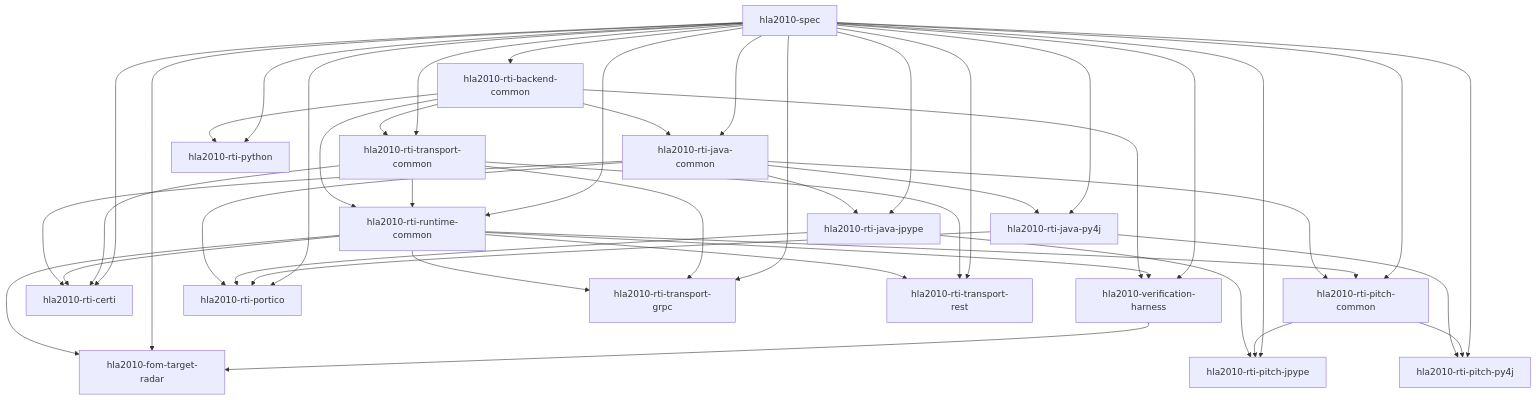
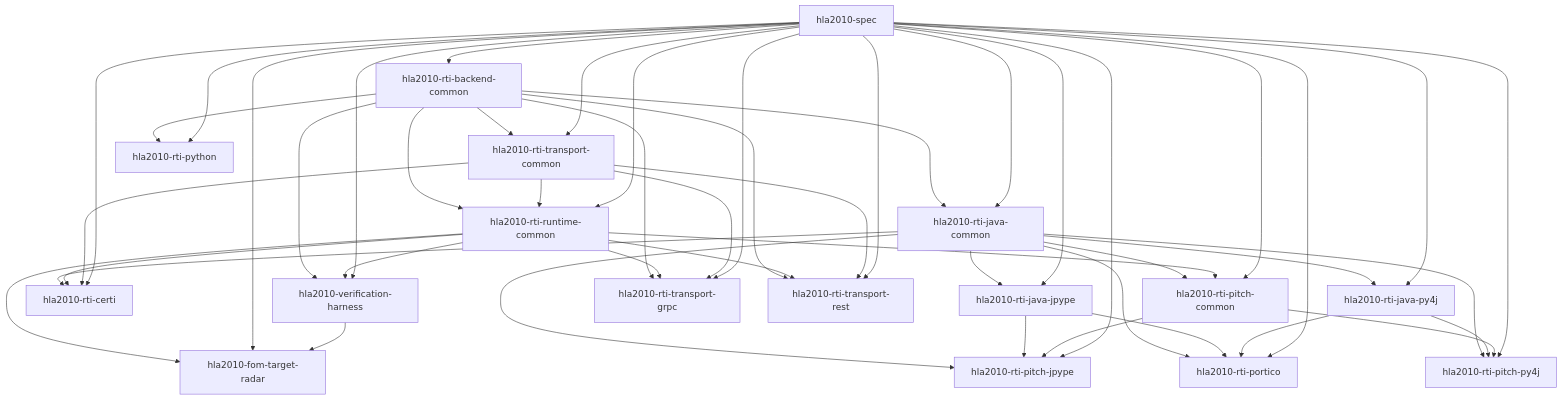
The diagram in docs/package_dependency_tree.md (sheepfling/sturdy-broccoli), drawn with Mermaid before and after one commit. The commit also changed other lines of this file and 30 other files, not shown here.

````diff
--- a/docs/package_dependency_tree.md
+++ b/docs/package_dependency_tree.md
@@ -31,47 +31,51 @@
 ```mermaid
 graph TD
     hla2010_rti_runtime_common[hla2010-rti-runtime-common] --> hla2010_fom_target_radar[hla2010-fom-target-radar]
     hla2010_spec[hla2010-spec] --> hla2010_fom_target_radar[hla2010-fom-target-radar]
     hla2010_verification_harness[hla2010-verification-harness] --> hla2010_fom_target_radar[hla2010-fom-target-radar]
     hla2010_spec[hla2010-spec] --> hla2010_rti_backend_common[hla2010-rti-backend-common]
     hla2010_rti_java_common[hla2010-rti-java-common] --> hla2010_rti_certi[hla2010-rti-certi]
     hla2010_rti_runtime_common[hla2010-rti-runtime-common] --> hla2010_rti_certi[hla2010-rti-certi]
     hla2010_rti_transport_common[hla2010-rti-transport-common] --> hla2010_rti_certi[hla2010-rti-certi]
     hla2010_spec[hla2010-spec] --> hla2010_rti_certi[hla2010-rti-certi]
     hla2010_rti_backend_common[hla2010-rti-backend-common] --> hla2010_rti_java_common[hla2010-rti-java-common]
     hla2010_spec[hla2010-spec] --> hla2010_rti_java_common[hla2010-rti-java-common]
     hla2010_rti_java_common[hla2010-rti-java-common] --> hla2010_rti_java_jpype[hla2010-rti-java-jpype]
     hla2010_spec[hla2010-spec] --> hla2010_rti_java_jpype[hla2010-rti-java-jpype]
     hla2010_rti_java_common[hla2010-rti-java-common] --> hla2010_rti_java_py4j[hla2010-rti-java-py4j]
     hla2010_spec[hla2010-spec] --> hla2010_rti_java_py4j[hla2010-rti-java-py4j]
     hla2010_rti_java_common[hla2010-rti-java-common] --> hla2010_rti_pitch_common[hla2010-rti-pitch-common]
     hla2010_rti_runtime_common[hla2010-rti-runtime-common] --> hla2010_rti_pitch_common[hla2010-rti-pitch-common]
     hla2010_spec[hla2010-spec] --> hla2010_rti_pitch_common[hla2010-rti-pitch-common]
+    hla2010_rti_java_common[hla2010-rti-java-common] --> hla2010_rti_pitch_jpype[hla2010-rti-pitch-jpype]
     hla2010_rti_java_jpype[hla2010-rti-java-jpype] --> hla2010_rti_pitch_jpype[hla2010-rti-pitch-jpype]
     hla2010_rti_pitch_common[hla2010-rti-pitch-common] --> hla2010_rti_pitch_jpype[hla2010-rti-pitch-jpype]
     hla2010_spec[hla2010-spec] --> hla2010_rti_pitch_jpype[hla2010-rti-pitch-jpype]
+    hla2010_rti_java_common[hla2010-rti-java-common] --> hla2010_rti_pitch_py4j[hla2010-rti-pitch-py4j]
     hla2010_rti_java_py4j[hla2010-rti-java-py4j] --> hla2010_rti_pitch_py4j[hla2010-rti-pitch-py4j]
     hla2010_rti_pitch_common[hla2010-rti-pitch-common] --> hla2010_rti_pitch_py4j[hla2010-rti-pitch-py4j]
     hla2010_spec[hla2010-spec] --> hla2010_rti_pitch_py4j[hla2010-rti-pitch-py4j]
     hla2010_rti_java_common[hla2010-rti-java-common] --> hla2010_rti_portico[hla2010-rti-portico]
     hla2010_rti_java_jpype[hla2010-rti-java-jpype] --> hla2010_rti_portico[hla2010-rti-portico]
     hla2010_rti_java_py4j[hla2010-rti-java-py4j] --> hla2010_rti_portico[hla2010-rti-portico]
     hla2010_spec[hla2010-spec] --> hla2010_rti_portico[hla2010-rti-portico]
     hla2010_rti_backend_common[hla2010-rti-backend-common] --> hla2010_rti_python[hla2010-rti-python]
     hla2010_spec[hla2010-spec] --> hla2010_rti_python[hla2010-rti-python]
     hla2010_rti_backend_common[hla2010-rti-backend-common] --> hla2010_rti_runtime_common[hla2010-rti-runtime-common]
     hla2010_rti_transport_common[hla2010-rti-transport-common] --> hla2010_rti_runtime_common[hla2010-rti-runtime-common]
     hla2010_spec[hla2010-spec] --> hla2010_rti_runtime_common[hla2010-rti-runtime-common]
     hla2010_rti_backend_common[hla2010-rti-backend-common] --> hla2010_rti_transport_common[hla2010-rti-transport-common]
     hla2010_spec[hla2010-spec] --> hla2010_rti_transport_common[hla2010-rti-transport-common]
+    hla2010_rti_backend_common[hla2010-rti-backend-common] --> hla2010_rti_transport_grpc[hla2010-rti-transport-grpc]
     hla2010_rti_runtime_common[hla2010-rti-runtime-common] --> hla2010_rti_transport_grpc[hla2010-rti-transport-grpc]
     hla2010_rti_transport_common[hla2010-rti-transport-common] --> hla2010_rti_transport_grpc[hla2010-rti-transport-grpc]
     hla2010_spec[hla2010-spec] --> hla2010_rti_transport_grpc[hla2010-rti-transport-grpc]
+    hla2010_rti_backend_common[hla2010-rti-backend-common] --> hla2010_rti_transport_rest[hla2010-rti-transport-rest]
     hla2010_rti_runtime_common[hla2010-rti-runtime-common] --> hla2010_rti_transport_rest[hla2010-rti-transport-rest]
     hla2010_rti_transport_common[hla2010-rti-transport-common] --> hla2010_rti_transport_rest[hla2010-rti-transport-rest]
     hla2010_spec[hla2010-spec] --> hla2010_rti_transport_rest[hla2010-rti-transport-rest]
     hla2010_spec[hla2010-spec]
     hla2010_rti_backend_common[hla2010-rti-backend-common] --> hla2010_verification_harness[hla2010-verification-harness]
     hla2010_rti_runtime_common[hla2010-rti-runtime-common] --> hla2010_verification_harness[hla2010-verification-harness]
     hla2010_spec[hla2010-spec] --> hla2010_verification_harness[hla2010-verification-harness]
 ```
````
